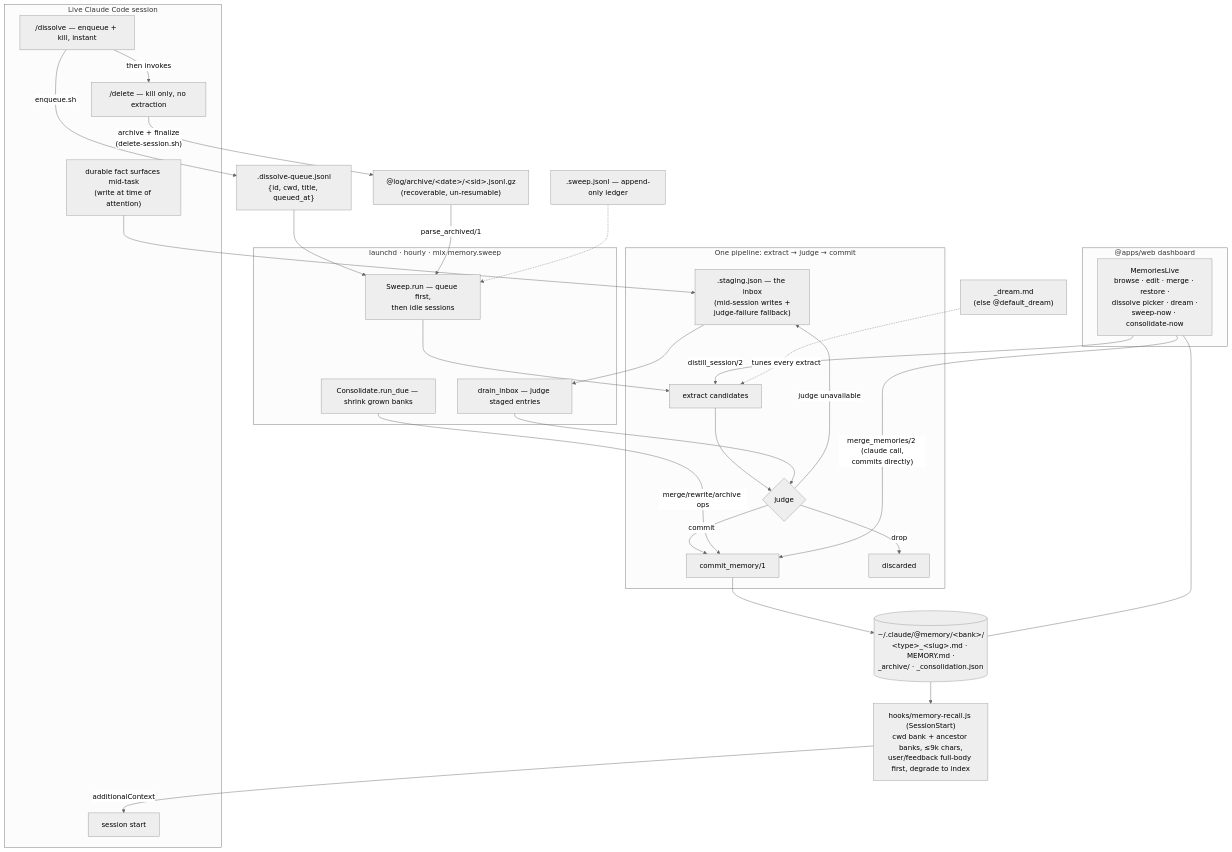
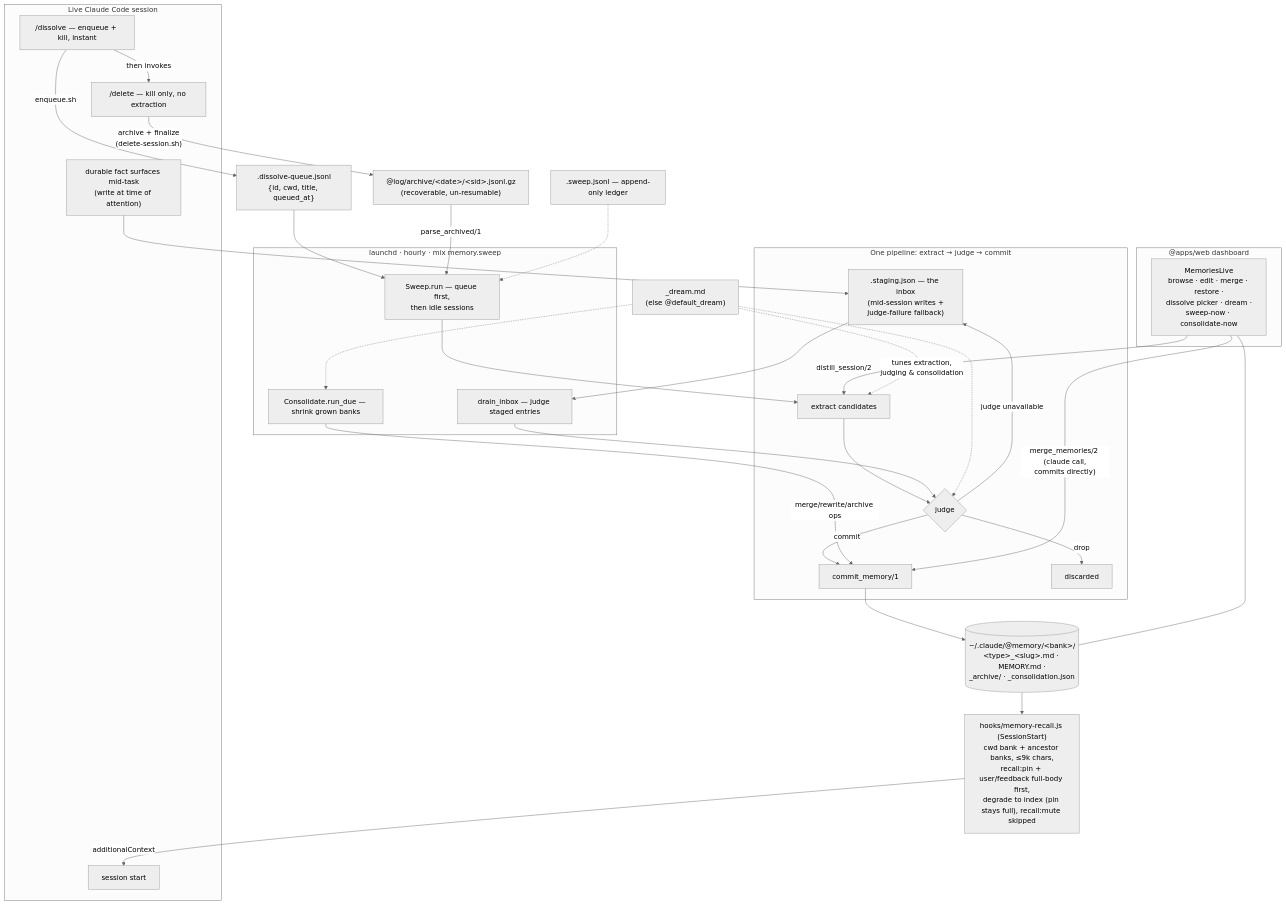
One commit to jgeschwendt/.claude changed the first of 8 diagrams in @apps/web/lib/core/memory.md. Above: the diagram before and after it, drawn with Mermaid (neutral theme). The commit also changed other lines of this file and 5 other files, not shown here.

````diff
--- a/@apps/web/lib/core/memory.md
+++ b/@apps/web/lib/core/memory.md
@@ -13,54 +13,56 @@
 ```mermaid
 flowchart TB
     subgraph session["Live Claude Code session"]
         SS[session start]
         MID["durable fact surfaces mid-task<br/>(write at time of attention)"]
         DIS["/dissolve — enqueue + kill, instant"]
         DEL["/delete — kill only, no extraction"]
     end
 
-    HOOK["hooks/memory-recall.js (SessionStart)<br/>cwd bank + ancestor banks, ≤9k chars,<br/>user/feedback full-body first, degrade to index"]
+    HOOK["hooks/memory-recall.js (SessionStart)<br/>cwd bank + ancestor banks, ≤9k chars,<br/>recall:pin + user/feedback full-body first,<br/>degrade to index (pin stays full), recall:mute skipped"]
     HOOK -->|additionalContext| SS
 
     STG[".staging.json — the inbox<br/>(mid-session writes +<br/>judge-failure fallback)"]
     MID --> STG
 
     Q[".dissolve-queue.jsonl<br/>{id, cwd, title, queued_at}"]
     DIS -->|enqueue.sh| Q
     DIS -->|then invokes| DEL
     DEL -->|"archive + finalize<br/>(delete-session.sh)"| ARC["@log/archive/&lt;date&gt;/&lt;sid&gt;.jsonl.gz<br/>(recoverable, un-resumable)"]
 
     subgraph pipeline["One pipeline: extract → judge → commit"]
         X[extract candidates]
         J{judge}
         C["commit_memory/1"]
         X --> J
         J -->|commit| C
         J -->|drop| DROP[discarded]
         J -->|judge unavailable| STG
     end
 
     subgraph sweep["launchd · hourly · mix memory.sweep"]
         SW["Sweep.run — queue first,<br/>then idle sessions"]
         DR["drain_inbox — judge staged entries"]
         CO["Consolidate.run_due — shrink grown banks"]
     end
     Q --> SW
     ARC -->|"parse_archived/1"| SW
     SW --> X
     STG --> DR --> J
     CO -->|"merge/rewrite/archive ops"| C
 
     subgraph web["@apps/web dashboard"]
         UI["MemoriesLive<br/>browse · edit · merge · restore ·<br/>dissolve picker · dream ·<br/>sweep-now · consolidate-now"]
     end
     UI -->|"distill_session/2"| X
     UI -->|"merge_memories/2 (claude call,<br/>commits directly)"| C
 
     C --> BANK[("~/.claude/@memory/&lt;bank&gt;/<br/>&lt;type&gt;_&lt;slug&gt;.md · MEMORY.md ·<br/>_archive/ · _consolidation.json")]
     BANK --> HOOK
     UI --- BANK
 
-    DREAM["_dream.md<br/>(else @default_dream)"] -.->|tunes every extract| X
+    DREAM["_dream.md<br/>(else @default_dream)"] -.->|tunes extraction,<br/>judging & consolidation| X
+    DREAM -.-> J
+    DREAM -.-> CO
     LEDGER[".sweep.jsonl — append-only ledger"] -.-> SW
 ```
````
